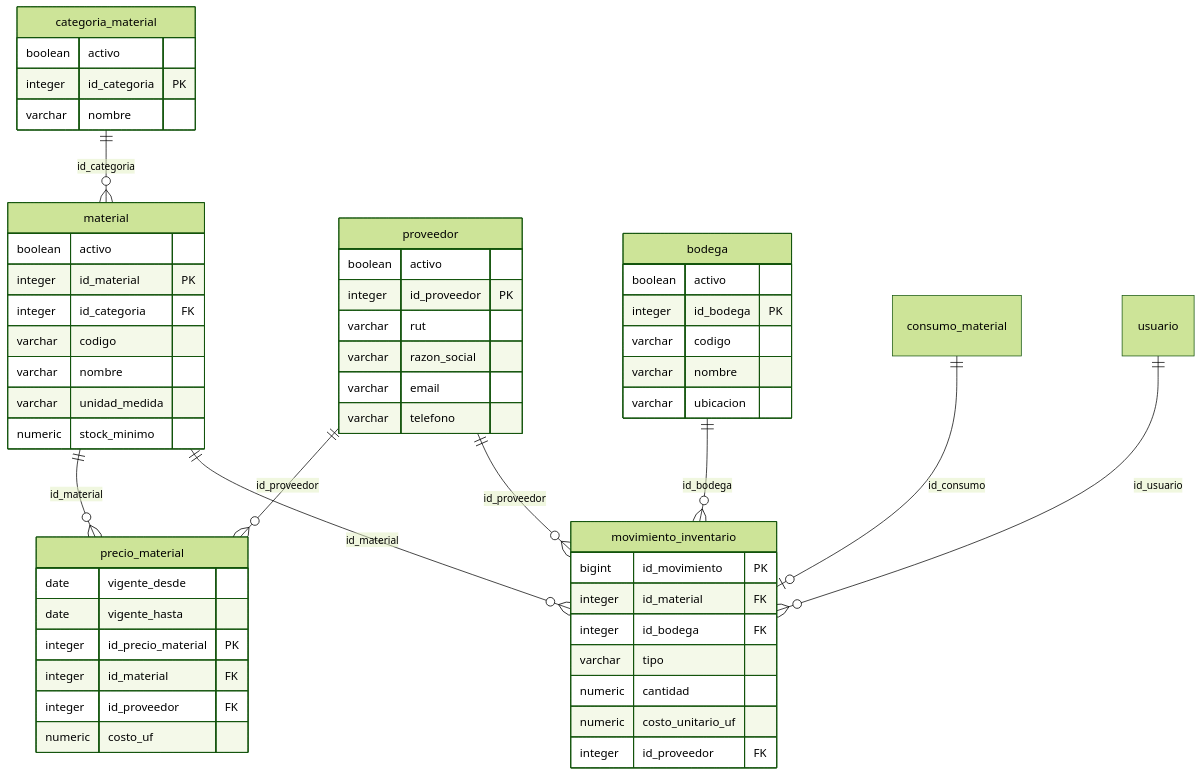
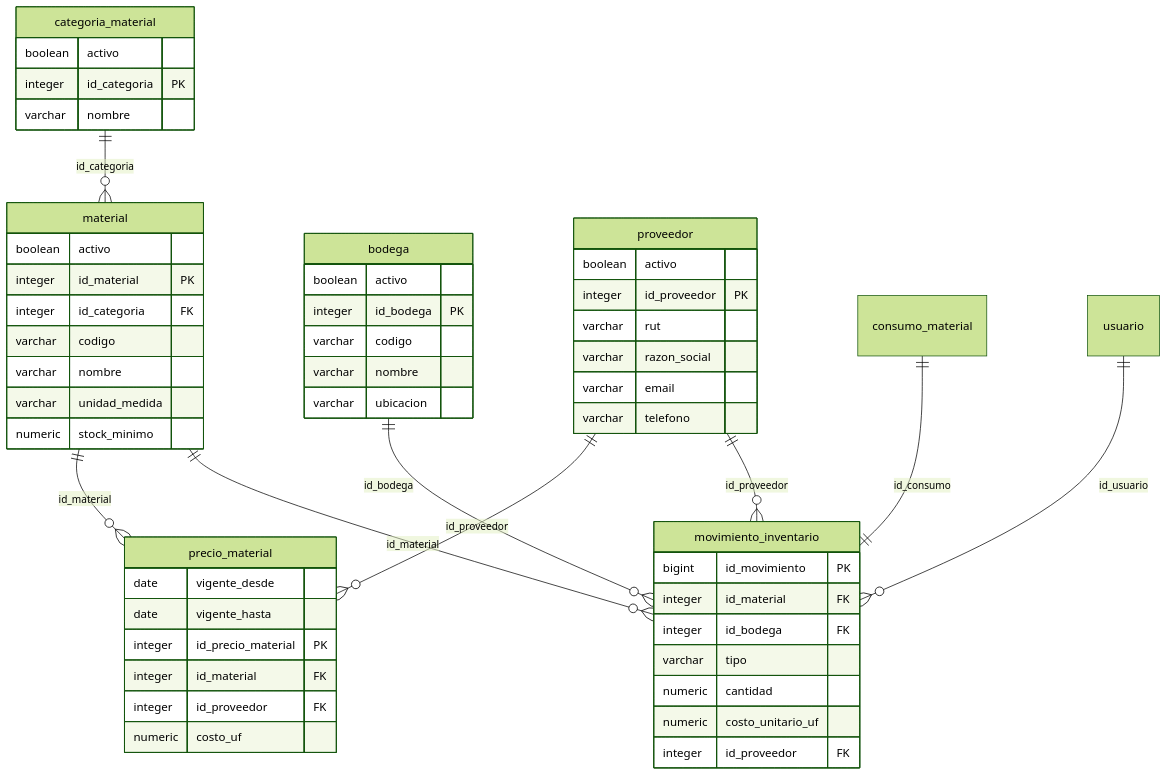
Before and after one commit to benjamindelgado-dev/SITRAFO: the seventh of 9 diagrams in Fase 2/Evidencias Proyecto/Evidencias de Sistema/Base de Datos/README.md, drawn with Mermaid (forest theme). The commit also changed other lines of this file and 5 other files, not shown here.

````diff
--- a/Fase 2/Evidencias Proyecto/Evidencias de Sistema/Base de Datos/README.md
+++ b/Fase 2/Evidencias Proyecto/Evidencias de Sistema/Base de Datos/README.md
@@ -497,57 +500,57 @@
 ```mermaid
 erDiagram
     categoria_material ||--o{ material : "id_categoria"
-    material ||--o{ precio_material : "id_material"
-    proveedor ||--o{ precio_material : "id_proveedor"
     material ||--o{ movimiento_inventario : "id_material"
     bodega ||--o{ movimiento_inventario : "id_bodega"
     proveedor ||--o{ movimiento_inventario : "id_proveedor"
-    consumo_material ||--o| movimiento_inventario : "id_consumo"
+    consumo_material ||--|| movimiento_inventario : "id_consumo"
     usuario ||--o{ movimiento_inventario : "id_usuario"
+    material ||--o{ precio_material : "id_material"
+    proveedor ||--o{ precio_material : "id_proveedor"
+    bodega {
+        boolean activo
+        integer id_bodega PK
+        varchar codigo
+        varchar nombre
+        varchar ubicacion
+    }
     categoria_material {
         boolean activo
         integer id_categoria PK
         varchar nombre
     }
     material {
         boolean activo
         integer id_material PK
         integer id_categoria FK
         varchar codigo
         varchar nombre
         varchar unidad_medida
         numeric stock_minimo
     }
-    proveedor {
-        boolean activo
-        integer id_proveedor PK
-        varchar rut
-        varchar razon_social
-        varchar email
-        varchar telefono
-    }
-    bodega {
-        boolean activo
-        integer id_bodega PK
-        varchar codigo
-        varchar nombre
-        varchar ubicacion
+    movimiento_inventario {
+        bigint id_movimiento PK
+        integer id_material FK
+        integer id_bodega FK
+        varchar tipo
+        numeric cantidad
+        numeric costo_unitario_uf
+        integer id_proveedor FK
     }
     precio_material {
         date vigente_desde
         date vigente_hasta
         integer id_precio_material PK
         integer id_material FK
         integer id_proveedor FK
         numeric costo_uf
     }
-    movimiento_inventario {
-        bigint id_movimiento PK
-        integer id_material FK
-        integer id_bodega FK
-        varchar tipo
-        numeric cantidad
-        numeric costo_unitario_uf
-        integer id_proveedor FK
+    proveedor {
+        boolean activo
+        integer id_proveedor PK
+        varchar rut
+        varchar razon_social
+        varchar email
+        varchar telefono
     }
 ```
````
